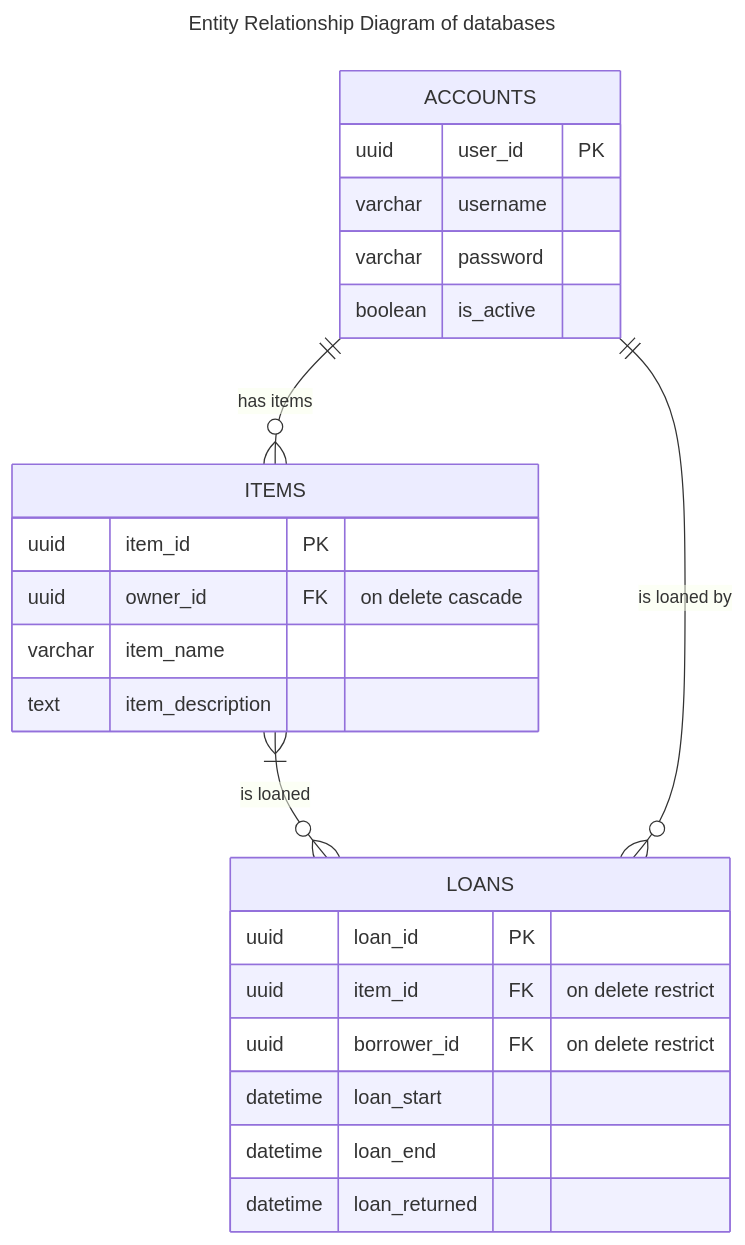
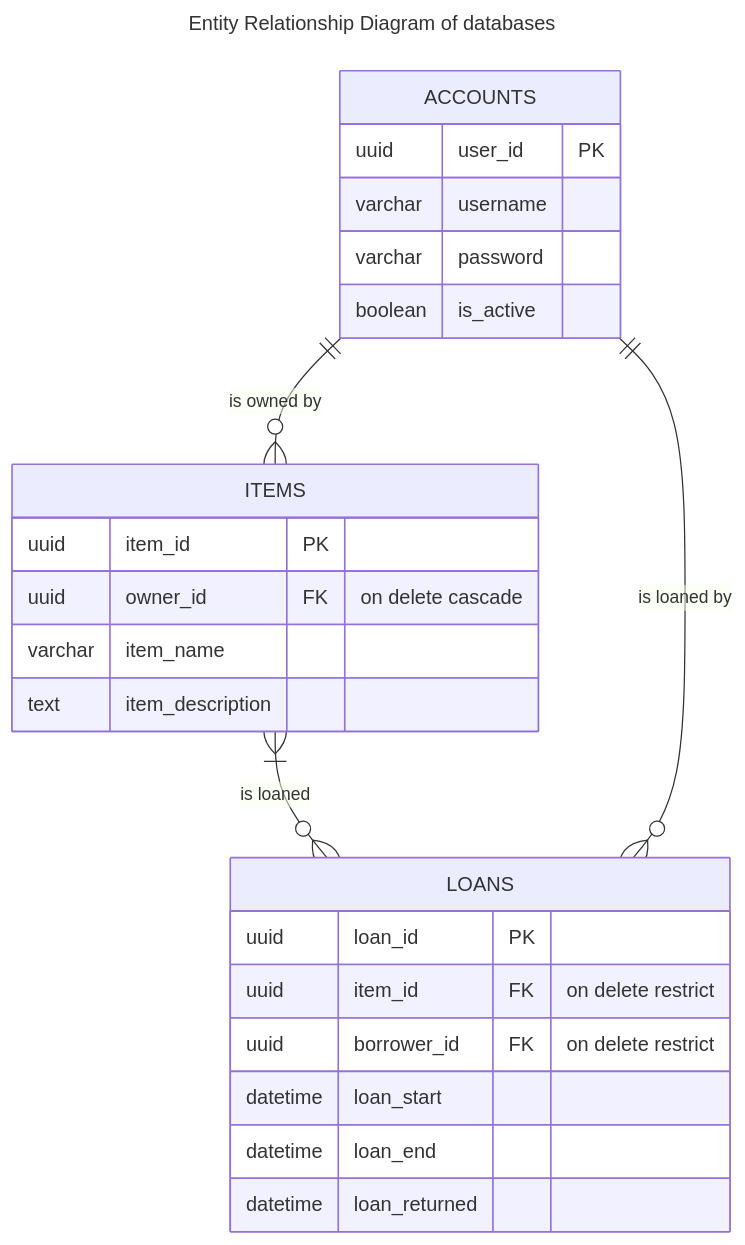
One commit to maussn/Rotom changed the second of 2 diagrams in ARCHITECTURE.md. Above: the diagram before and after it, drawn with Mermaid.

Commit message:
update entity relationship diagram

````diff
--- a/ARCHITECTURE.md
+++ b/ARCHITECTURE.md
@@ -25,35 +25,35 @@
 ```mermaid
 ---
 title: Entity Relationship Diagram of databases
 ---
 
 erDiagram
   
   ACCOUNTS {
     uuid user_id PK
     varchar username
     varchar password
     boolean is_active
   }
 
   ITEMS {
     uuid item_id PK
     uuid owner_id FK "on delete cascade"
     varchar item_name
     text item_description
   }
 
   LOANS {
     uuid loan_id PK
     uuid item_id FK "on delete restrict"
     uuid borrower_id FK "on delete restrict"
     datetime loan_start
     datetime loan_end
     datetime loan_returned
   }
 
-  ACCOUNTS ||--o{ ITEMS : "has items"
+  ACCOUNTS ||--o{ ITEMS : "is owned by"
   ITEMS }|--o{ LOANS : "is loaned"
   LOANS }o--|| ACCOUNTS : "is loaned by"
 
 ```
````
